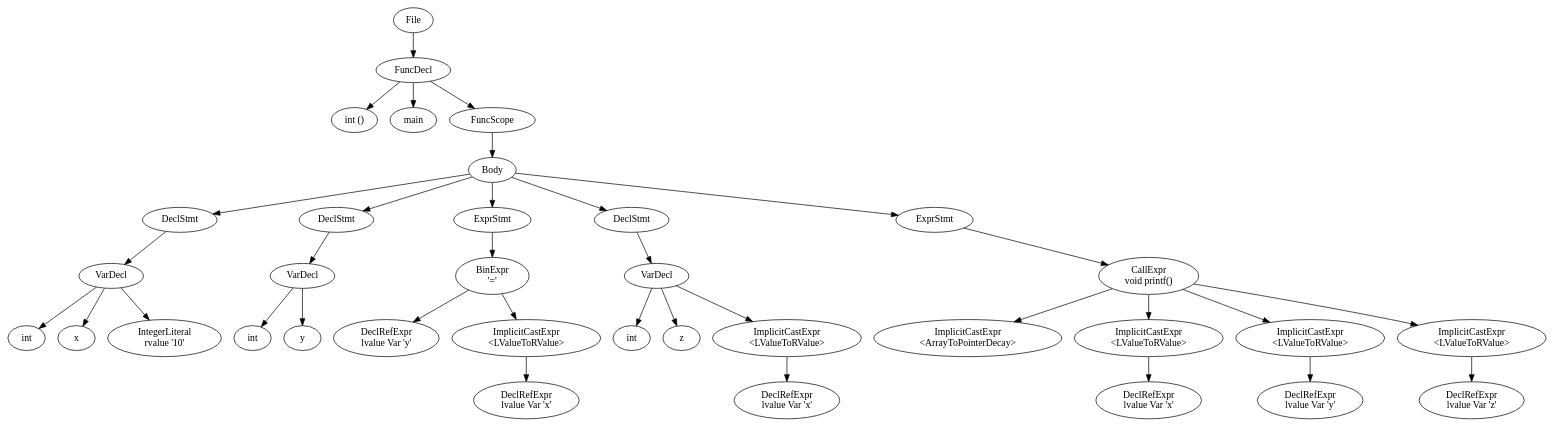
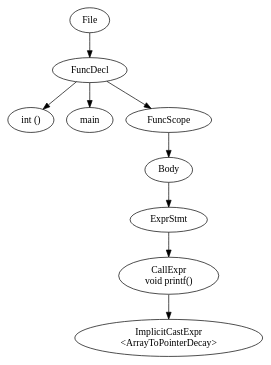
The diagram in src/output.dot (LarsDeLeeuw/Compilers), drawn with Graphviz before and after one commit. The commit also changed 8 other files, not shown here.

```diff
--- a/src/output.dot
+++ b/src/output.dot
@@ -1,85 +1,20 @@
 digraph {n0 [label="File"];
 n1 [label="FuncDecl"];
 n2 [label="int ()"];
 n3 [label="main"];
 n4 [label="FuncScope"];
 n6 [label="Body"];
-n8 [label="DeclStmt"];
-n9 [label="VarDecl"];
-n10 [label="int"];
-n11 [label="x"];
-n12 [label="IntegerLiteral
-rvalue '10'"];
-n13 [label="DeclStmt"];
-n14 [label="VarDecl"];
-n15 [label="int"];
-n16 [label="y"];
-n18 [label="ExprStmt"];
-n19 [label="BinExpr
-'='"];
-n20 [label="DeclRefExpr
-lvalue Var 'y'"];
-n21 [label="ImplicitCastExpr
-<LValueToRValue>"];
-n22 [label="DeclRefExpr
-lvalue Var 'x'"];
-n23 [label="DeclStmt"];
-n24 [label="VarDecl"];
-n25 [label="int"];
-n26 [label="z"];
-n27 [label="ImplicitCastExpr
-<LValueToRValue>"];
-n28 [label="DeclRefExpr
-lvalue Var 'x'"];
-n29 [label="ExprStmt"];
-n30 [label="CallExpr
+n8 [label="ExprStmt"];
+n9 [label="CallExpr
 void printf()"];
-n32 [label="ImplicitCastExpr
+n11 [label="ImplicitCastExpr
 <ArrayToPointerDecay>"];
-n34 [label="ImplicitCastExpr
-<LValueToRValue>"];
-n35 [label="DeclRefExpr
-lvalue Var 'x'"];
-n36 [label="ImplicitCastExpr
-<LValueToRValue>"];
-n37 [label="DeclRefExpr
-lvalue Var 'y'"];
-n38 [label="ImplicitCastExpr
-<LValueToRValue>"];
-n39 [label="DeclRefExpr
-lvalue Var 'z'"];
 n0 -> n1
 n1 -> n2
 n1 -> n3
 n1 -> n4
 n4 -> n6
 n6 -> n8
 n8 -> n9
-n9 -> n10
 n9 -> n11
-n9 -> n12
-n6 -> n13
-n13 -> n14
-n14 -> n15
-n14 -> n16
-n6 -> n18
-n18 -> n19
-n19 -> n20
-n19 -> n21
-n21 -> n22
-n6 -> n23
-n23 -> n24
-n24 -> n25
-n24 -> n26
-n24 -> n27
-n27 -> n28
-n6 -> n29
-n29 -> n30
-n30 -> n32
-n30 -> n34
-n34 -> n35
-n30 -> n36
-n36 -> n37
-n30 -> n38
-n38 -> n39
 }
```
